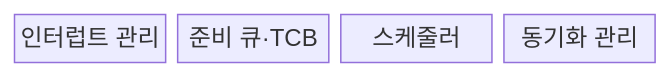
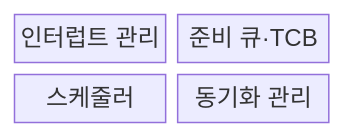
One commit to agnusdei1207/knowledge-base changed the first of 2 diagrams in src/content/docs/notes/02-hardware/061_real_time_operating_system.md. Above: the diagram before and after it, drawn with Mermaid. The commit also changed other lines of this file and 86 other files, not shown here.

````diff
--- a/src/content/docs/notes/02-hardware/061_real_time_operating_system.md
+++ b/src/content/docs/notes/02-hardware/061_real_time_operating_system.md
@@ -74,8 +74,8 @@
 ```mermaid
-block
-  columns 4
+block-beta
+  columns 2
   A["인터럽트 관리"]
   B["준비 큐·TCB"]
   C["스케줄러"]
   D["동기화 관리"]
 ```
````
